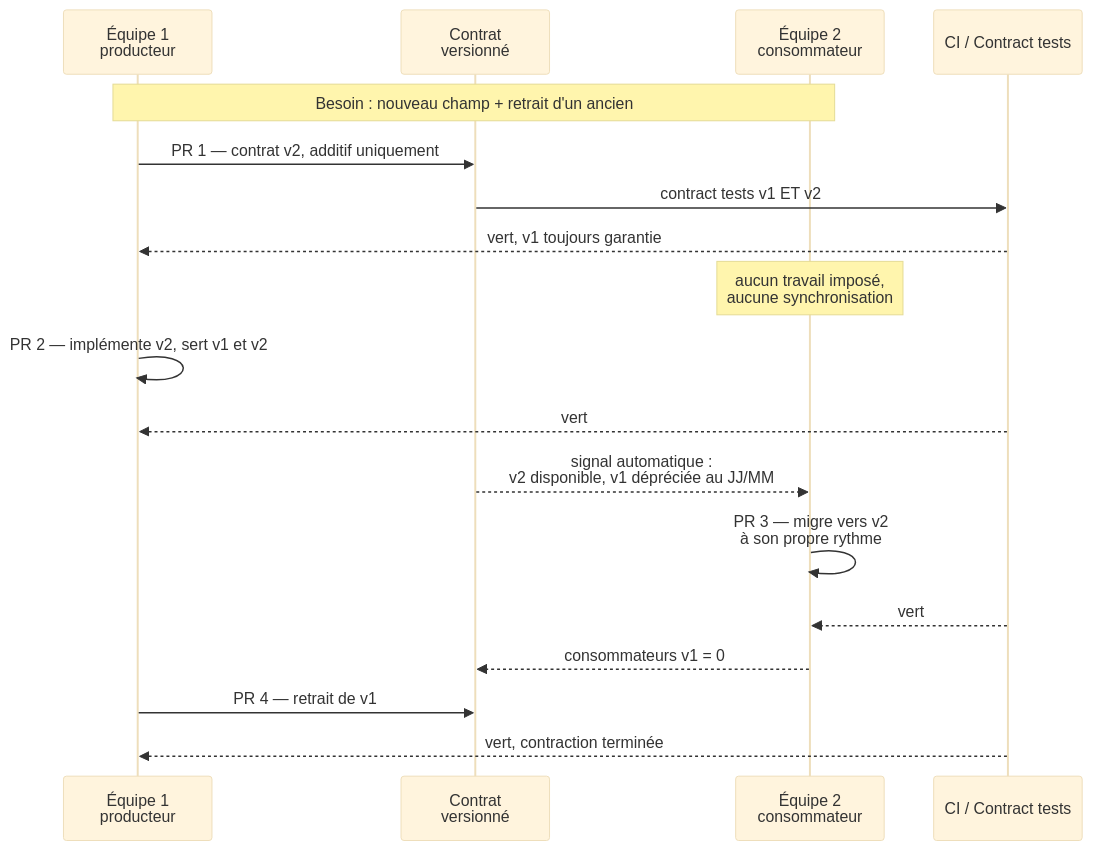
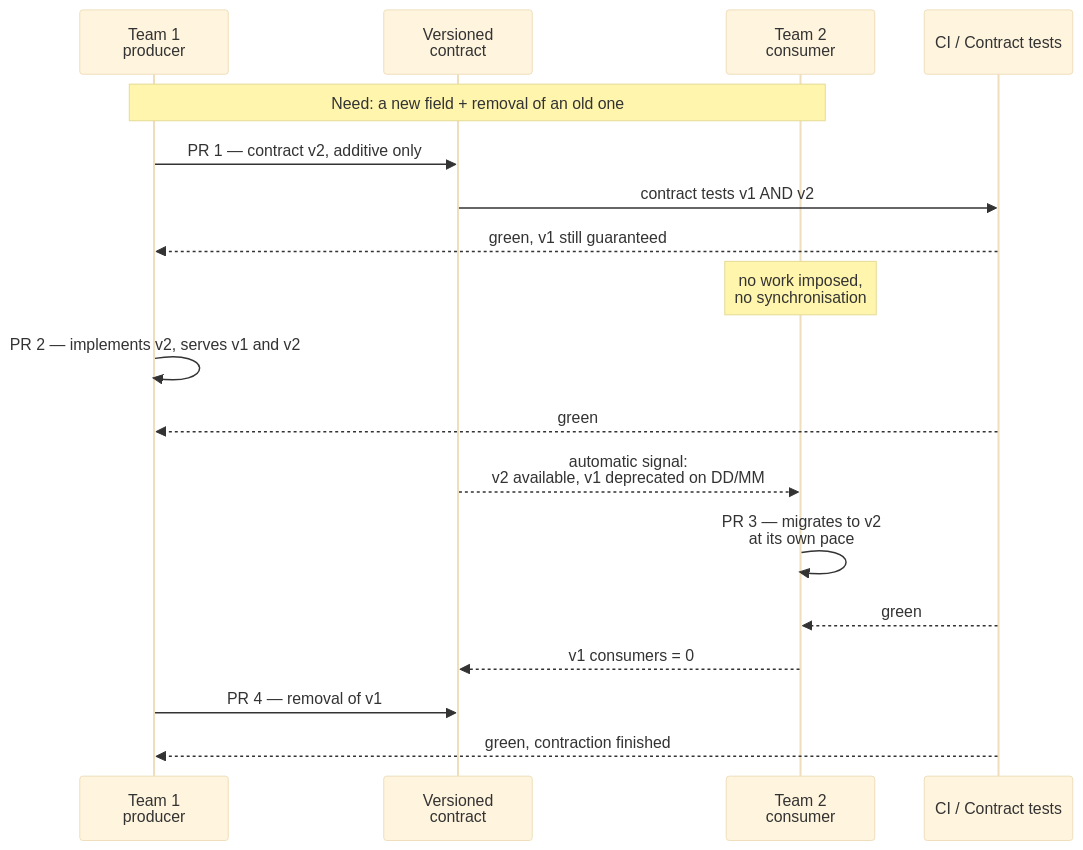
Before and after one commit to NapkinStack/engineering-os: the second of 3 diagrams in skeleton/docs/os/03-contracts.md, drawn with Mermaid (base theme). The commit also changed other lines of this file and 1 other file, not shown here.

````diff
--- a/skeleton/docs/os/03-contracts.md
+++ b/skeleton/docs/os/03-contracts.md
@@ -79,25 +79,25 @@
 ```mermaid
 sequenceDiagram
-    participant E1 as Équipe 1<br/>producteur
-    participant CT as Contrat<br/>versionné
-    participant E2 as Équipe 2<br/>consommateur
+    participant E1 as Team 1<br/>producer
+    participant CT as Versioned<br/>contract
+    participant E2 as Team 2<br/>consumer
     participant CI as CI / Contract tests
 
-    Note over E1,E2: Besoin : nouveau champ + retrait d'un ancien
+    Note over E1,E2: Need: a new field + removal of an old one
 
-    E1->>CT: PR 1 — contrat v2, additif uniquement
-    CT->>CI: contract tests v1 ET v2
-    CI-->>E1: vert, v1 toujours garantie
-    Note over E2: aucun travail imposé,<br/>aucune synchronisation
+    E1->>CT: PR 1 — contract v2, additive only
+    CT->>CI: contract tests v1 AND v2
+    CI-->>E1: green, v1 still guaranteed
+    Note over E2: no work imposed,<br/>no synchronisation
 
-    E1->>E1: PR 2 — implémente v2, sert v1 et v2
-    CI-->>E1: vert
+    E1->>E1: PR 2 — implements v2, serves v1 and v2
+    CI-->>E1: green
 
-    CT-->>E2: signal automatique :<br/>v2 disponible, v1 dépréciée au JJ/MM
-    E2->>E2: PR 3 — migre vers v2<br/>à son propre rythme
-    CI-->>E2: vert
+    CT-->>E2: automatic signal:<br/>v2 available, v1 deprecated on DD/MM
+    E2->>E2: PR 3 — migrates to v2<br/>at its own pace
+    CI-->>E2: green
 
-    E2-->>CT: consommateurs v1 = 0
-    E1->>CT: PR 4 — retrait de v1
-    CI-->>E1: vert, contraction terminée
+    E2-->>CT: v1 consumers = 0
+    E1->>CT: PR 4 — removal of v1
+    CI-->>E1: green, contraction finished
 ```
````
